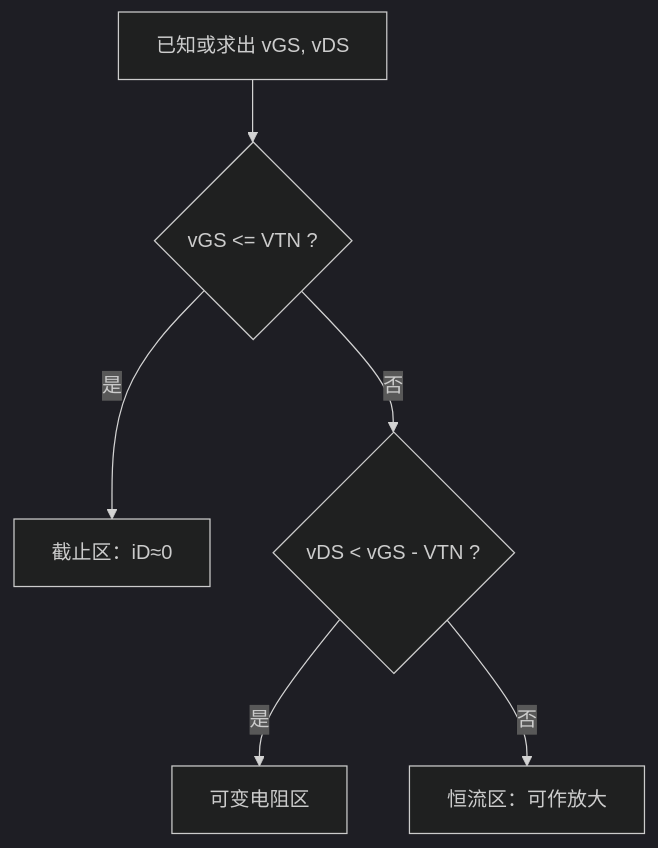
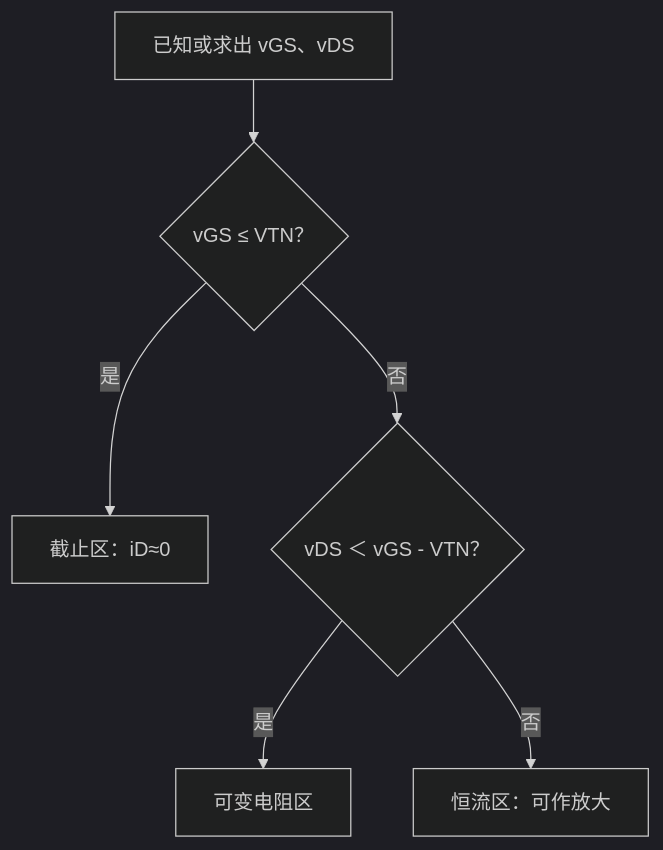
The first of 2 diagrams in 考研专业课/模拟电子技术/详细笔记/02-场效应管及其放大电路/02-MOSFET工作区判断.md (Treasoni/kaoyan), drawn with Mermaid (dark theme) before and after one commit. The commit also changed other lines of this file and 1 other file, not shown here.

Commit message:
vault backup: 2026-07-20 19:52:19

````diff
--- a/考研专业课/模拟电子技术/详细笔记/02-场效应管及其放大电路/02-MOSFET工作区判断.md
+++ b/考研专业课/模拟电子技术/详细笔记/02-场效应管及其放大电路/02-MOSFET工作区判断.md
@@ -84,8 +84,8 @@
 ```mermaid
 flowchart TD
-    A[已知或求出 vGS, vDS] --> B{vGS <= VTN ?}
-    B -->|是| C[截止区：iD≈0]
-    B -->|否| D{vDS < vGS - VTN ?}
-    D -->|是| E[可变电阻区]
-    D -->|否| F[恒流区：可作放大]
+    A["已知或求出 vGS、vDS"] --> B{"vGS ≤ VTN？"}
+    B -->|是| C["截止区：iD≈0"]
+    B -->|否| D{"vDS ＜ vGS - VTN？"}
+    D -->|是| E["可变电阻区"]
+    D -->|否| F["恒流区：可作放大"]
 ```
````
